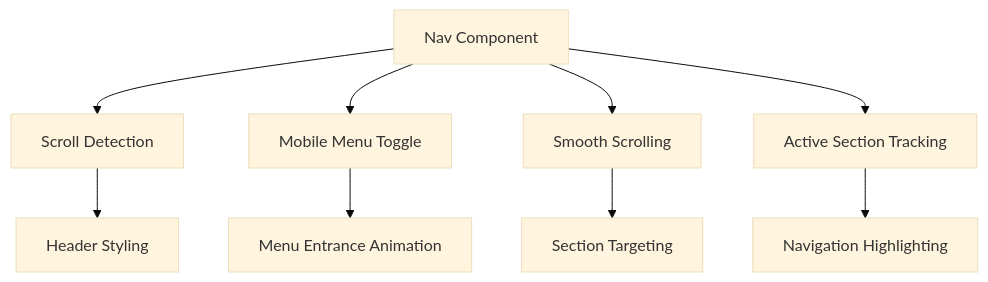
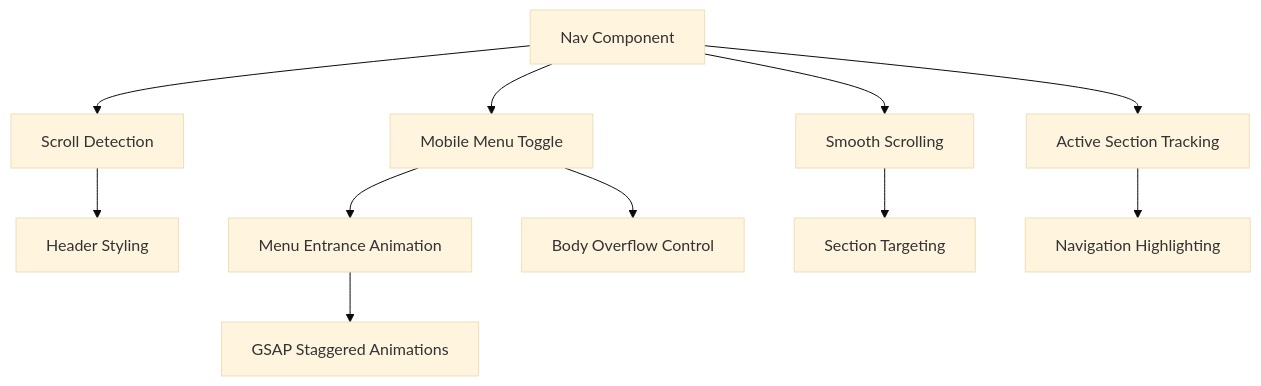
One commit to rakeshmaity271/frankie-picasso changed the seventh of 14 diagrams in .qoder/repowiki/en/content/Application Architecture.md. Above: the diagram before and after it, drawn with Mermaid (base theme). The commit also changed other lines of this file and 27 other files, not shown here.

````diff
--- a/.qoder/repowiki/en/content/Application Architecture.md
+++ b/.qoder/repowiki/en/content/Application Architecture.md
@@ -195,11 +385,13 @@
 ```mermaid
 flowchart TD
 Nav["Nav Component"] --> Scrolled["Scroll Detection"]
 Nav --> MobileMenu["Mobile Menu Toggle"]
 Nav --> SmoothScroll["Smooth Scrolling"]
 Nav --> ActiveSection["Active Section Tracking"]
 Scrolled --> HeaderStyle["Header Styling"]
 MobileMenu --> MenuAnimation["Menu Entrance Animation"]
+MobileMenu --> BodyOverflow["Body Overflow Control"]
 SmoothScroll --> SectionTarget["Section Targeting"]
 ActiveSection --> NavLinkHighlight["Navigation Highlighting"]
+MenuAnimation --> GSAPAnimations["GSAP Staggered Animations"]
 ```
````
